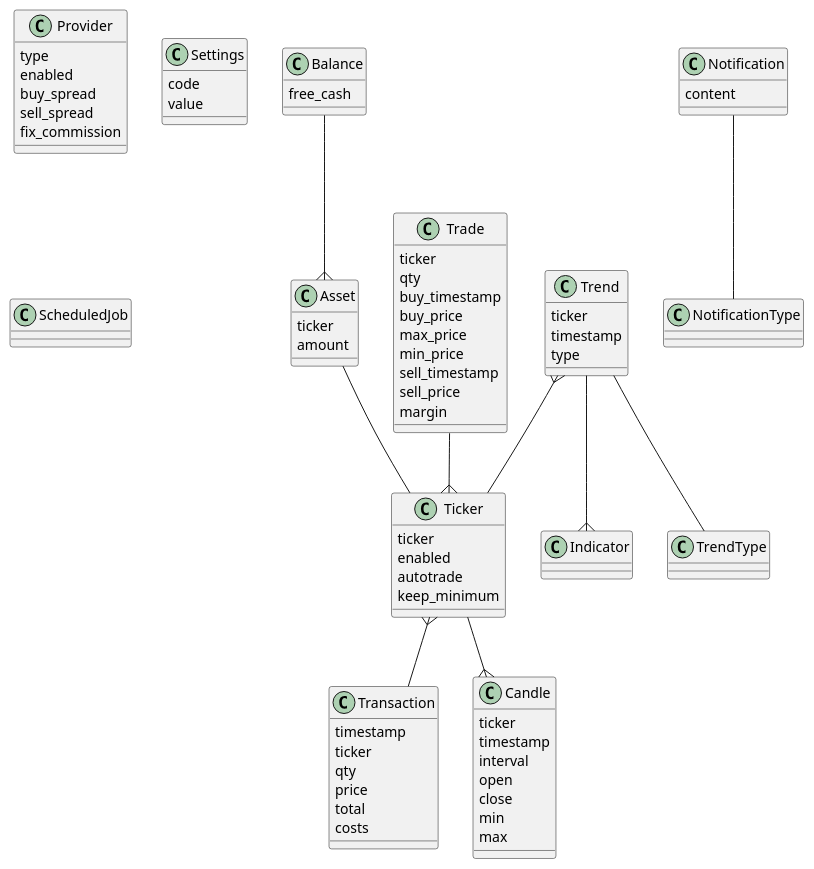
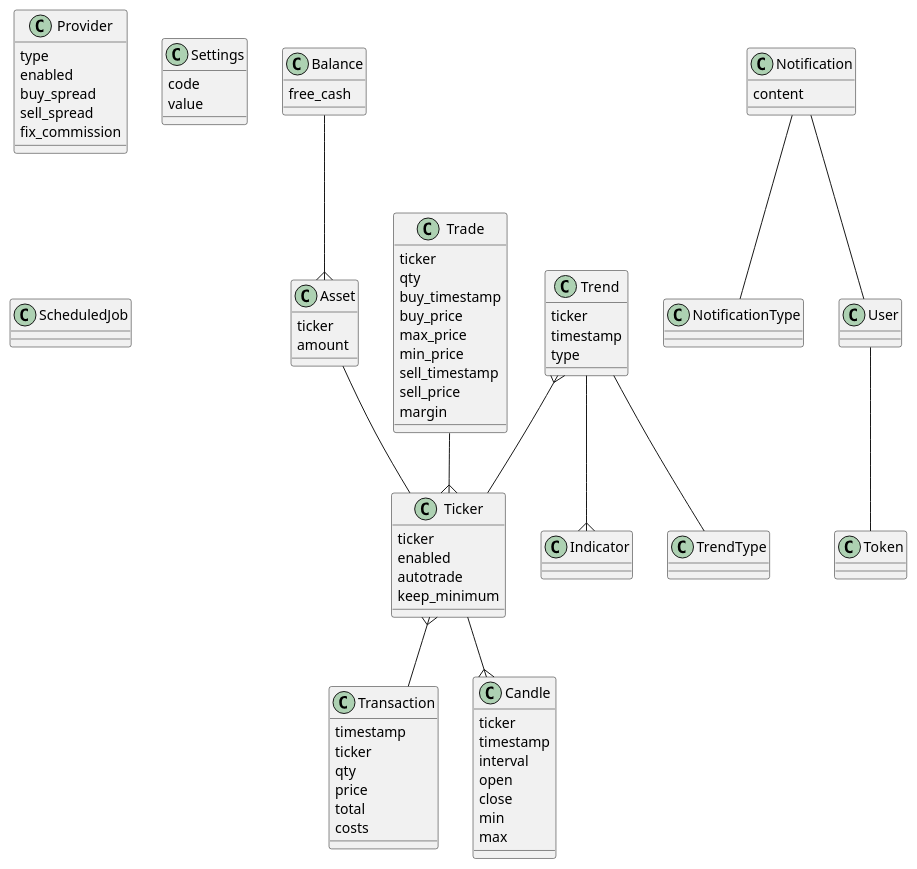
Before and after one commit to mastershadow/wows: the diagram in docs/model.plantuml, drawn with PlantUML. The commit also changed 11 other files, not shown here.

```diff
--- a/docs/model.plantuml
+++ b/docs/model.plantuml
@@ -1,98 +1,108 @@
 @startuml model
 class Balance {
   free_cash
 }
 
 class Asset {
   ticker
   amount
 }
 
 Balance --{ Asset
 Asset -- Ticker
 
 class Trade {
   ticker
   qty
   buy_timestamp
   buy_price
   max_price
   min_price
   sell_timestamp
   sell_price
   margin
 
 }
 
 class Transaction {
   timestamp
   ticker
   qty
   price
   total
   costs
 }
 
 class Ticker {
   ticker
   enabled
   autotrade
   keep_minimum
 }
 
 class Candle {
   ticker
   timestamp
   interval
   open
   close
   min
   max
 }
 
 Ticker --{ Candle
 Ticker }-- Transaction
 Trade --{ Ticker
 Trend }-- Ticker
 
 class Provider {
   type
   enabled
   buy_spread
   sell_spread
   fix_commission
 }
 
 class Trend {
   ticker
   timestamp
   type
 }
 
 class Indicator {
 
 }
 
 class TrendType {
 }
 
 Trend -- TrendType
 Trend --{ Indicator
 
 class Settings {
   code
   value
 }
 
 class Notification {
   content
 }
 
 class NotificationType
 
 Notification -- NotificationType
 
 class ScheduledJob {
 }
 
+class User {
+
+}
+
+class Token {
+
+}
+
+User -- Token
+Notification -- User
 @enduml
```
